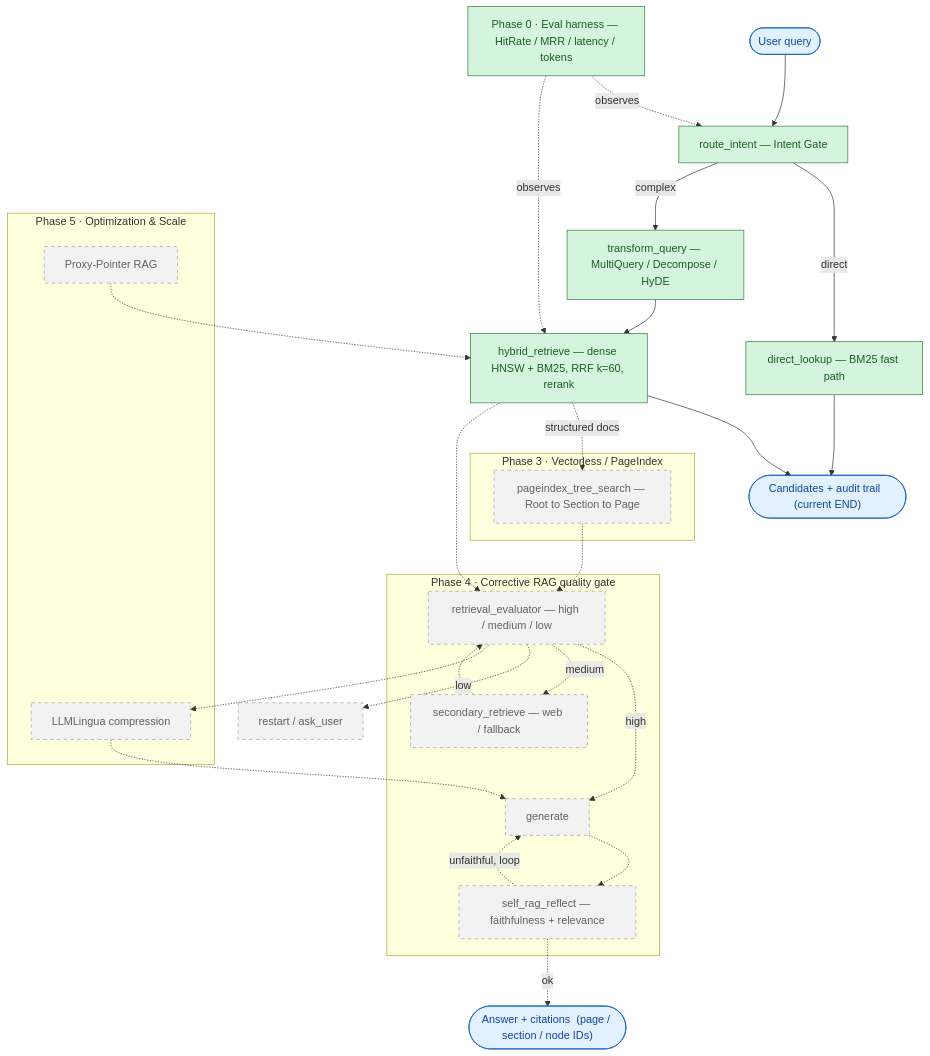
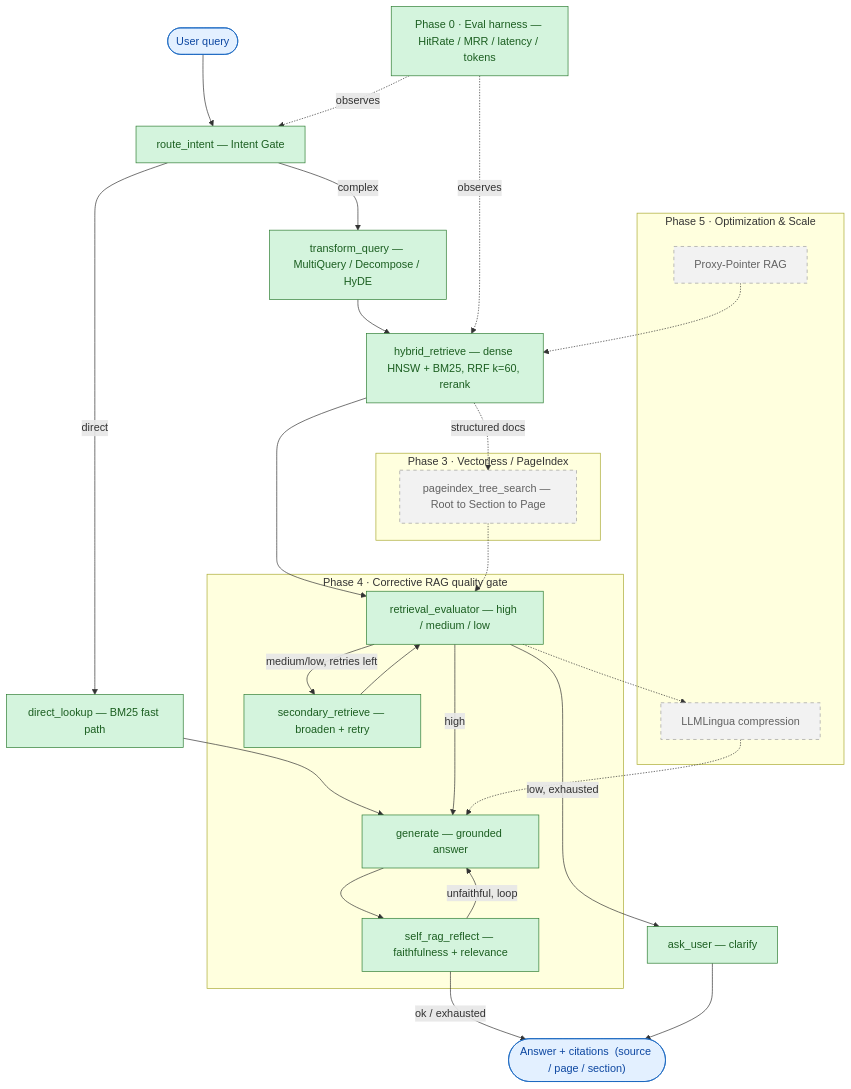
One commit to shreyas7ss/Hydra changed the diagram in ARCHITECTURE.md. Above: the diagram before and after it, drawn with Mermaid. The commit also changed other lines of this file and 15 other files, not shown here.

````diff
--- a/ARCHITECTURE.md
+++ b/ARCHITECTURE.md
@@ -7,57 +7,55 @@
 ```mermaid
 flowchart TD
     Q([User query]) --> RI["route_intent — Intent Gate"]
 
     RI -->|direct| DL["direct_lookup — BM25 fast path"]
     RI -->|complex| TQ["transform_query — MultiQuery / Decompose / HyDE"]
 
     TQ --> HR["hybrid_retrieve — dense HNSW + BM25, RRF k=60, rerank"]
 
-    %% ---- current terminus ----
-    DL --> OUT(["Candidates + audit trail  (current END)"])
-    HR --> OUT
-
     %% ---- Phase 3: Vectorless / PageIndex ----
     subgraph P3 ["Phase 3 · Vectorless / PageIndex"]
       PI["pageindex_tree_search — Root to Section to Page"]
     end
     HR -.->|structured docs| PI
 
-    %% ---- Phase 4: Corrective RAG ----
+    %% ---- Phase 4: Corrective RAG (BUILT) ----
     subgraph P4 ["Phase 4 · Corrective RAG quality gate"]
       RE["retrieval_evaluator — high / medium / low"]
-      SEC["secondary_retrieve — web / fallback"]
-      GEN["generate"]
+      SEC["secondary_retrieve — broaden + retry"]
+      GEN["generate — grounded answer"]
       SR["self_rag_reflect — faithfulness + relevance"]
     end
-    HR -.-> RE
+    DL --> GEN
+    HR --> RE
     PI -.-> RE
-    RE -.->|high| GEN
-    RE -.->|medium| SEC
-    RE -.->|low| ASK["restart / ask_user"]
-    SEC -.-> RE
-    GEN -.-> SR
-    SR -.->|unfaithful, loop| GEN
-    SR -.->|ok| ANS(["Answer + citations  (page / section / node IDs)"])
+    RE -->|high| GEN
+    RE -->|medium/low, retries left| SEC
+    RE -->|low, exhausted| ASK["ask_user — clarify"]
+    SEC --> RE
+    GEN --> SR
+    SR -->|unfaithful, loop| GEN
+    SR -->|ok / exhausted| ANS(["Answer + citations  (source / page / section)"])
+    ASK --> ANS
 
     %% ---- Phase 5: Optimization ----
     subgraph P5 ["Phase 5 · Optimization & Scale"]
       LL["LLMLingua compression"]
       PP["Proxy-Pointer RAG"]
     end
     RE -.-> LL -.-> GEN
     PP -.-> HR
 
     %% ---- Phase 0: cross-cutting eval ----
     EVAL["Phase 0 · Eval harness — HitRate / MRR / latency / tokens"]
     EVAL -.observes.-> RI
     EVAL -.observes.-> HR
 
     classDef done fill:#d4f4dd,stroke:#2e7d32,color:#1b5e20;
     classDef pending fill:#f2f2f2,stroke:#9e9e9e,color:#616161,stroke-dasharray: 5 5;
     classDef io fill:#e3f0ff,stroke:#1565c0,color:#0d47a1;
 
-    class RI,DL,TQ,HR,EVAL done;
-    class PI,RE,SEC,GEN,SR,ASK,LL,PP pending;
-    class Q,OUT,ANS io;
+    class RI,DL,TQ,HR,RE,SEC,GEN,SR,ASK,EVAL done;
+    class PI,LL,PP pending;
+    class Q,ANS io;
 ```
````
